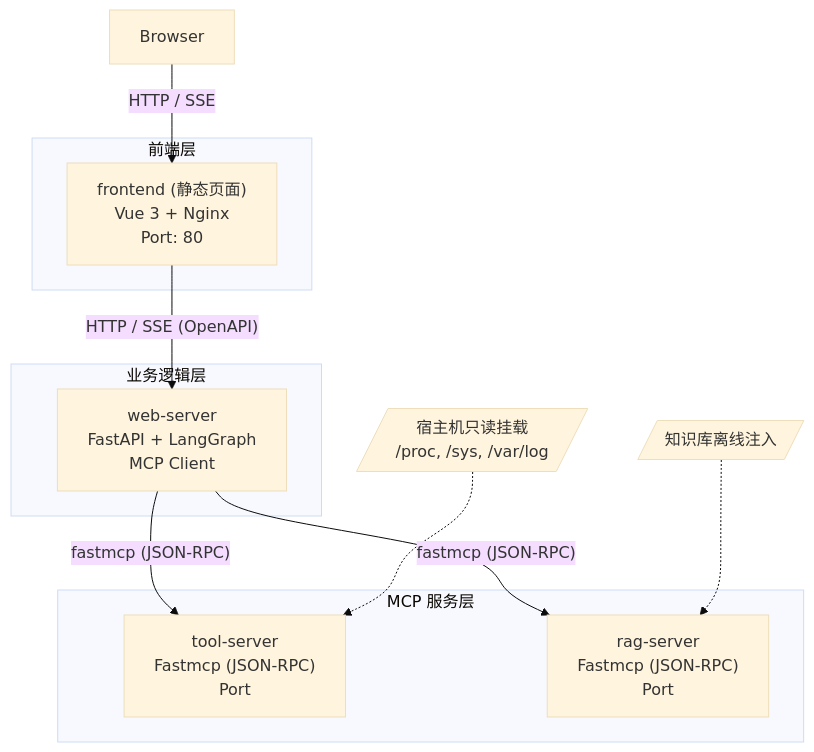
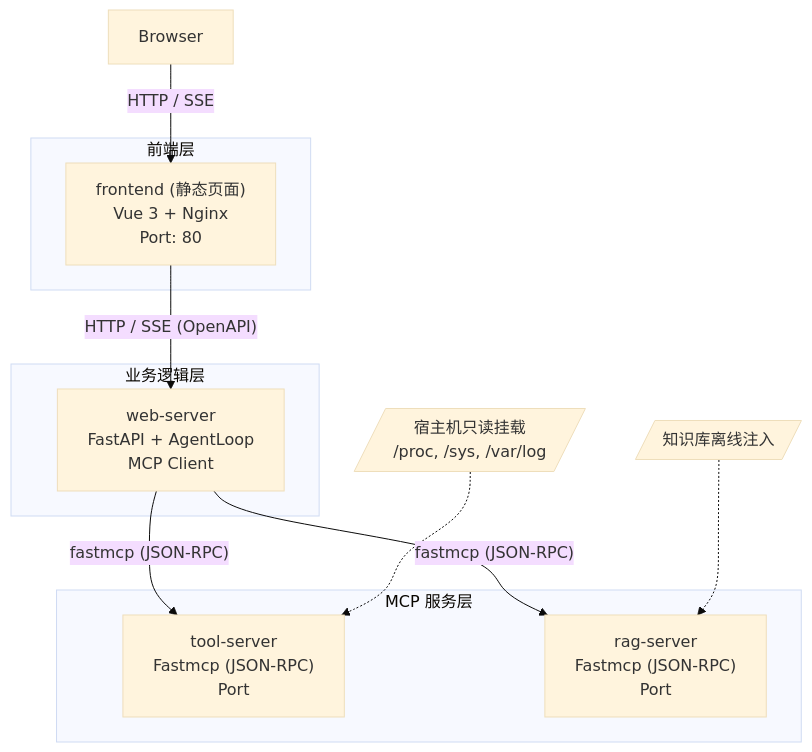
One commit to nazzeDe/alascup-agent changed the diagram in docs/概要设计.md. Above: the diagram before and after it, drawn with Mermaid (base theme). The commit also changed other lines of this file and 11 other files, not shown here.

````diff
--- a/docs/概要设计.md
+++ b/docs/概要设计.md
@@ -12,32 +12,32 @@
 ```mermaid
 graph TD
     %% 节点定义
     B[Browser]:::browser
     
     subgraph Client_Side [前端层]
         F["frontend (静态页面)<br/>Vue 3 + Nginx<br/>Port: 80"]:::frontend
     end
 
     subgraph Logic_Layer [业务逻辑层]
-        W["web-server<br/>FastAPI + LangGraph<br/>MCP Client"]:::webserver
+        W["web-server<br/>FastAPI + AgentLoop<br/>MCP Client"]:::webserver
     end
 
     subgraph MCP_Layer [MCP 服务层]
         TS["tool-server<br/>Fastmcp (JSON-RPC)<br/>Port"]:::mcpserver
         RS["rag-server<br/>Fastmcp (JSON-RPC)<br/>Port"]:::mcpserver
     end
 
     %% 外部挂载/注入
     HostDrive[/"宿主机只读挂载<br/>/proc, /sys, /var/log"/]
     KnowledgeBase[/"知识库离线注入"/]
 
     %% 连接关系
     B -- "HTTP / SSE" --> F
     F -- "HTTP / SSE (OpenAPI)" --> W
     
     W -- "fastmcp (JSON-RPC)" --> TS
     W -- "fastmcp (JSON-RPC)" --> RS
 
     HostDrive -.-> TS
     KnowledgeBase -.-> RS
 ```
````
